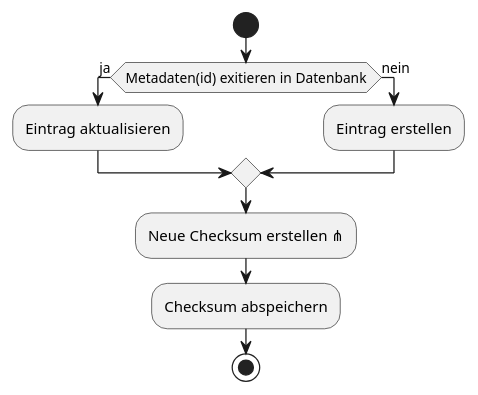
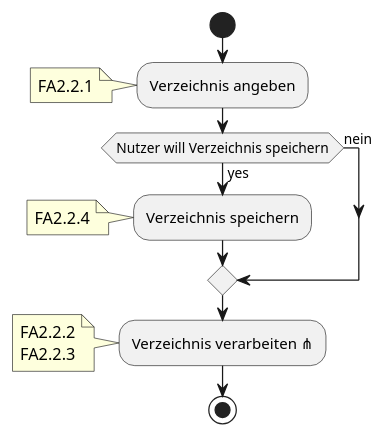
Before and after one commit to SoftwareEngineeringOne/wiki: diagram 13 of 20 in wiki/topics/Inkremente/00/Anforderungsanalyse.md, drawn with PlantUML. The commit also changed other lines of this file, not shown here.

````diff
--- a/wiki/topics/Inkremente/00/Anforderungsanalyse.md
+++ b/wiki/topics/Inkremente/00/Anforderungsanalyse.md
@@ -493,13 +419,18 @@
 ```plantuml
 @startuml
 start
-if(Metadaten(id) exitieren in Datenbank) then (ja)
-    :Eintrag aktualisieren;
+:Verzeichnis angeben;
+note: FA2.2.1
+if(Nutzer will Verzeichnis speichern) then(yes)
+    :Verzeichnis speichern;
+    note: FA2.2.4
 else (nein)
-    :Eintrag erstellen;
 endif
-:Neue Checksum erstellen ⋔;
-:Checksum abspeichern;
+:Verzeichnis verarbeiten ⋔;
+note
+    FA2.2.2
+    FA2.2.3
+end note
 stop
 @enduml
 ```
````
